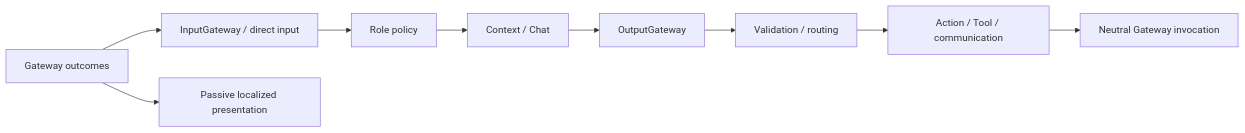
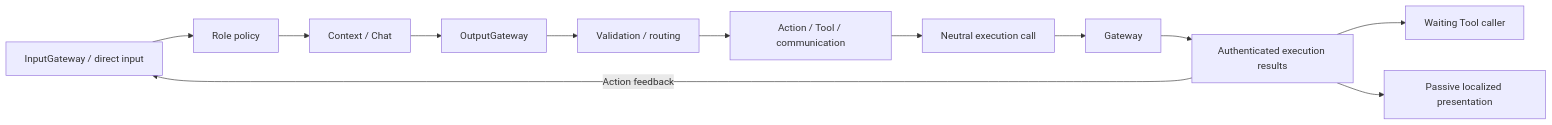
The second of 2 diagrams in MobileHarness/Agents/Support/README.md (devilyouwei/MobileHarness), drawn with Mermaid before and after one commit. The commit also changed other lines of this file and 97 other files, not shown here.

First line of the commit message:
Unify action and tool transport and log Agent controls

````diff
--- a/MobileHarness/Agents/Support/README.md
+++ b/MobileHarness/Agents/Support/README.md
@@ -54,9 +55,11 @@
 ```mermaid
 flowchart LR
     Input["InputGateway / direct input"] --> Role["Role policy"]
     Role --> Context["Context / Chat"] --> Output["OutputGateway"]
     Output --> Policy["Validation / routing"] --> Dispatch["Action / Tool / communication"]
-    Dispatch --> Projection["Neutral Gateway invocation"]
-    Results["Gateway outcomes"] --> Input
+    Dispatch --> Projection["Neutral execution call"] --> Transport["Gateway"]
+    Transport --> Results["Authenticated execution results"]
+    Results -->|Action feedback| Input
+    Results --> Caller["Waiting Tool caller"]
     Results --> Logs["Passive localized presentation"]
 ```
````
